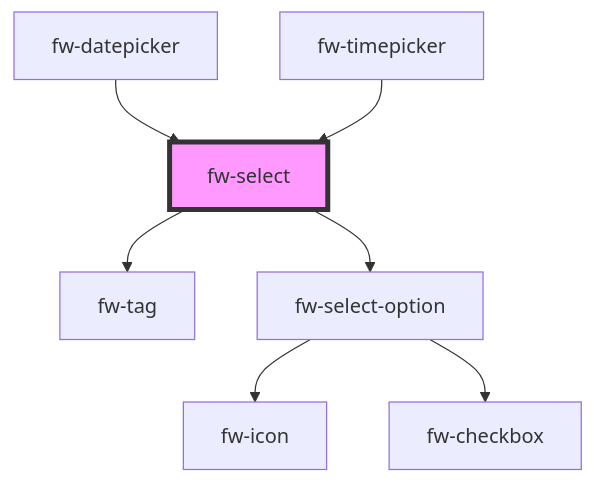
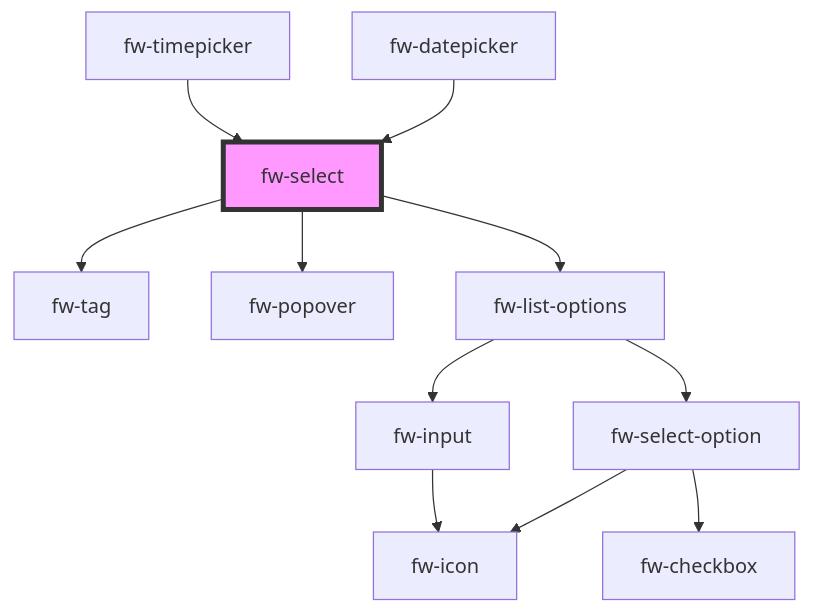
The diagram in packages/crayons-core/src/components/select/readme.md (freshworks/crayons), drawn with Mermaid before and after one commit. The commit also changed other lines of this file and 7 other files, not shown here.

````diff
--- a/packages/crayons-core/src/components/select/readme.md
+++ b/packages/crayons-core/src/components/select/readme.md
@@ -96,10 +101,14 @@
 ```mermaid
 graph TD;
   fw-select --> fw-tag
-  fw-select --> fw-select-option
+  fw-select --> fw-popover
+  fw-select --> fw-list-options
+  fw-list-options --> fw-select-option
+  fw-list-options --> fw-input
   fw-select-option --> fw-icon
   fw-select-option --> fw-checkbox
+  fw-input --> fw-icon
   fw-datepicker --> fw-select
   fw-timepicker --> fw-select
   style fw-select fill:#f9f,stroke:#333,stroke-width:4px
 ```
````
